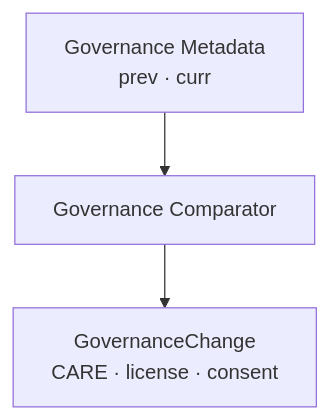
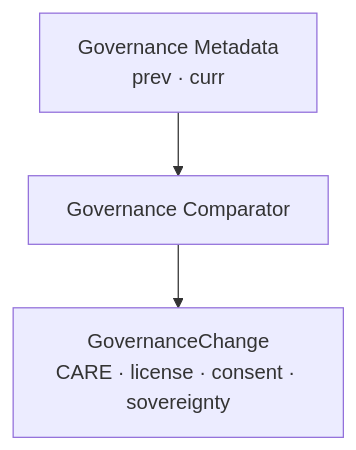
Before and after one commit to bartytime4life/Kansas-Frontier-Matrix: the sixth of 7 diagrams in web/src/entities/diff-first/README.md, drawn with Mermaid. The commit also changed other lines of this file, not shown here.

````diff
--- a/web/src/entities/diff-first/README.md
+++ b/web/src/entities/diff-first/README.md
@@ -280,5 +413,5 @@
-```mermaid
+~~~mermaid
 flowchart TD
     META["Governance Metadata<br/>prev · curr"] --> COMP["Governance Comparator"]
-    COMP --> OUT["GovernanceChange<br/>CARE · license · consent"]
-```
+    COMP --> OUT["GovernanceChange<br/>CARE · license · consent · sovereignty"]
+~~~
````
